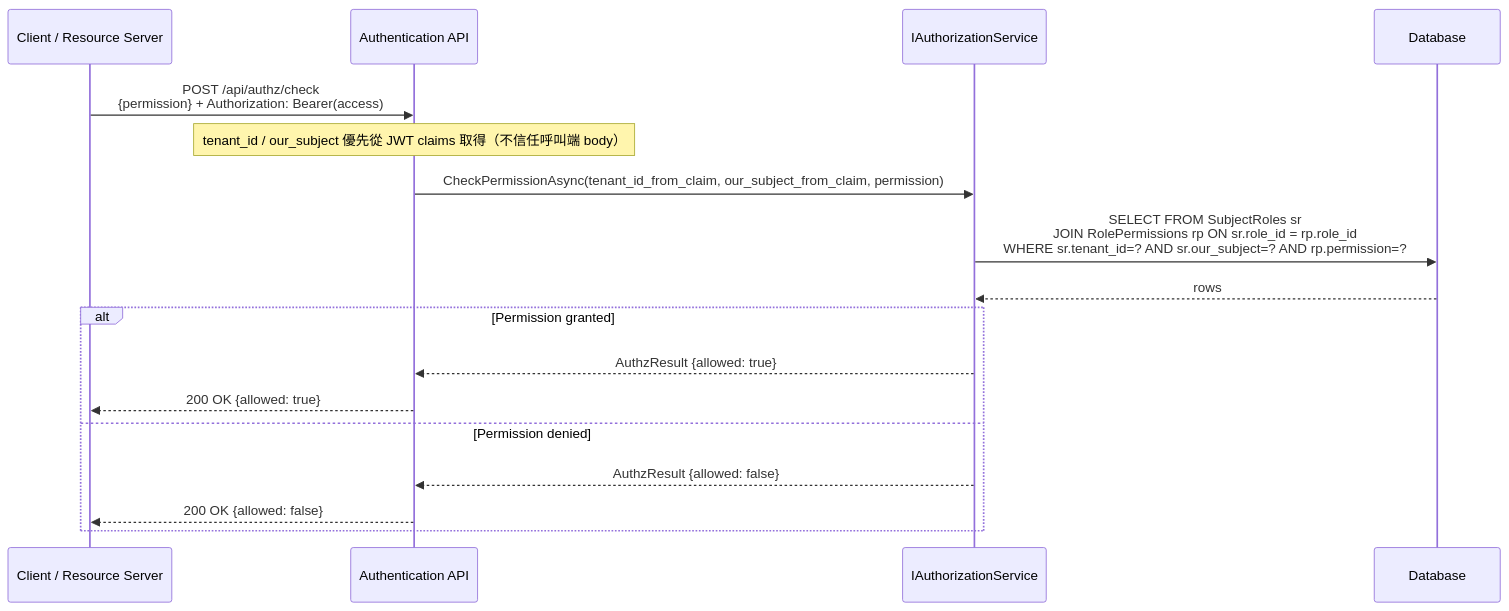
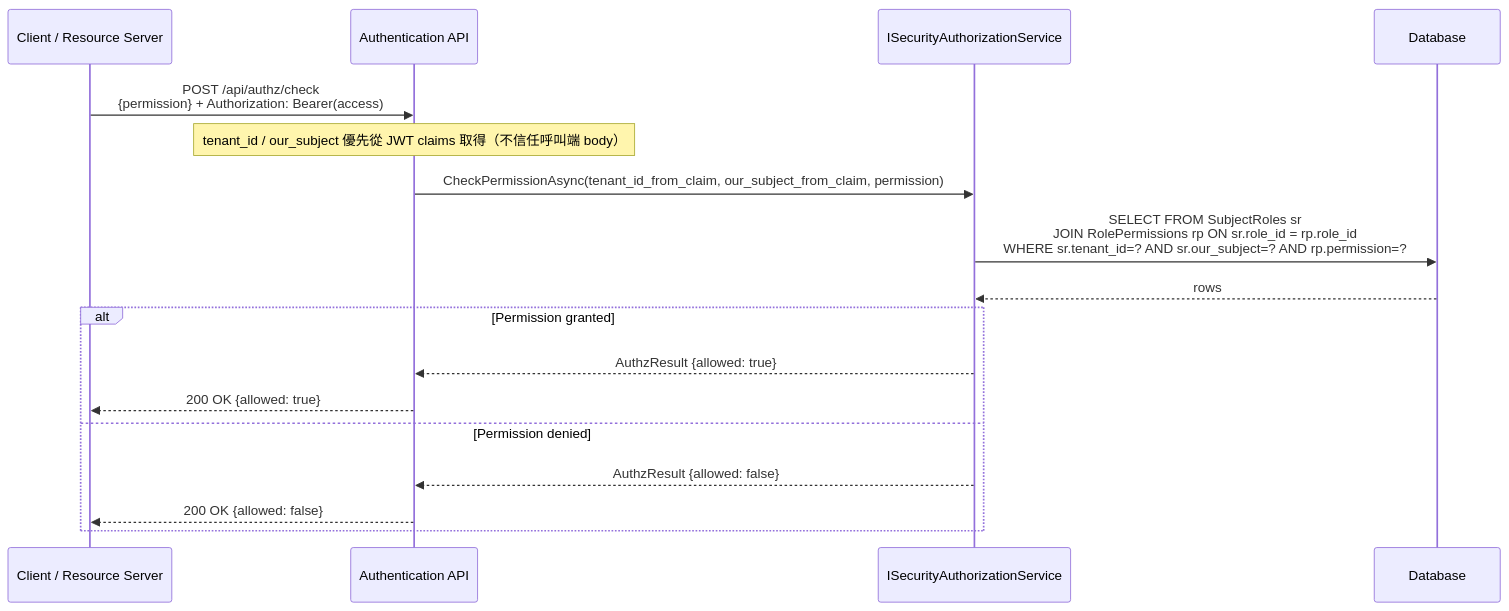
One commit to Bird73/Service changed diagram 11 of 12 in docs/SequenceDiagrams.md. Above: the diagram before and after it, drawn with Mermaid. The commit also changed other lines of this file and 6 other files, not shown here.

````diff
--- a/docs/SequenceDiagrams.md
+++ b/docs/SequenceDiagrams.md
@@ -331,21 +335,21 @@
 ```mermaid
 sequenceDiagram
     participant RS as Client / Resource Server
     participant API as Authentication API
-    participant AZ as IAuthorizationService
+    participant AZ as ISecurityAuthorizationService
     participant DB as Database
 
     RS->>API: POST /api/authz/check<br/>{permission} + Authorization: Bearer(access)
     note over API: tenant_id / our_subject 優先從 JWT claims 取得（不信任呼叫端 body）
     API->>AZ: CheckPermissionAsync(tenant_id_from_claim, our_subject_from_claim, permission)
     AZ->>DB: SELECT FROM SubjectRoles sr<br/>JOIN RolePermissions rp ON sr.role_id = rp.role_id<br/>WHERE sr.tenant_id=? AND sr.our_subject=? AND rp.permission=?
     DB-->>AZ: rows
 
     alt Permission granted
         AZ-->>API: AuthzResult {allowed: true}
         API-->>RS: 200 OK {allowed: true}
     else Permission denied
         AZ-->>API: AuthzResult {allowed: false}
         API-->>RS: 200 OK {allowed: false}
     end
 ```
````
